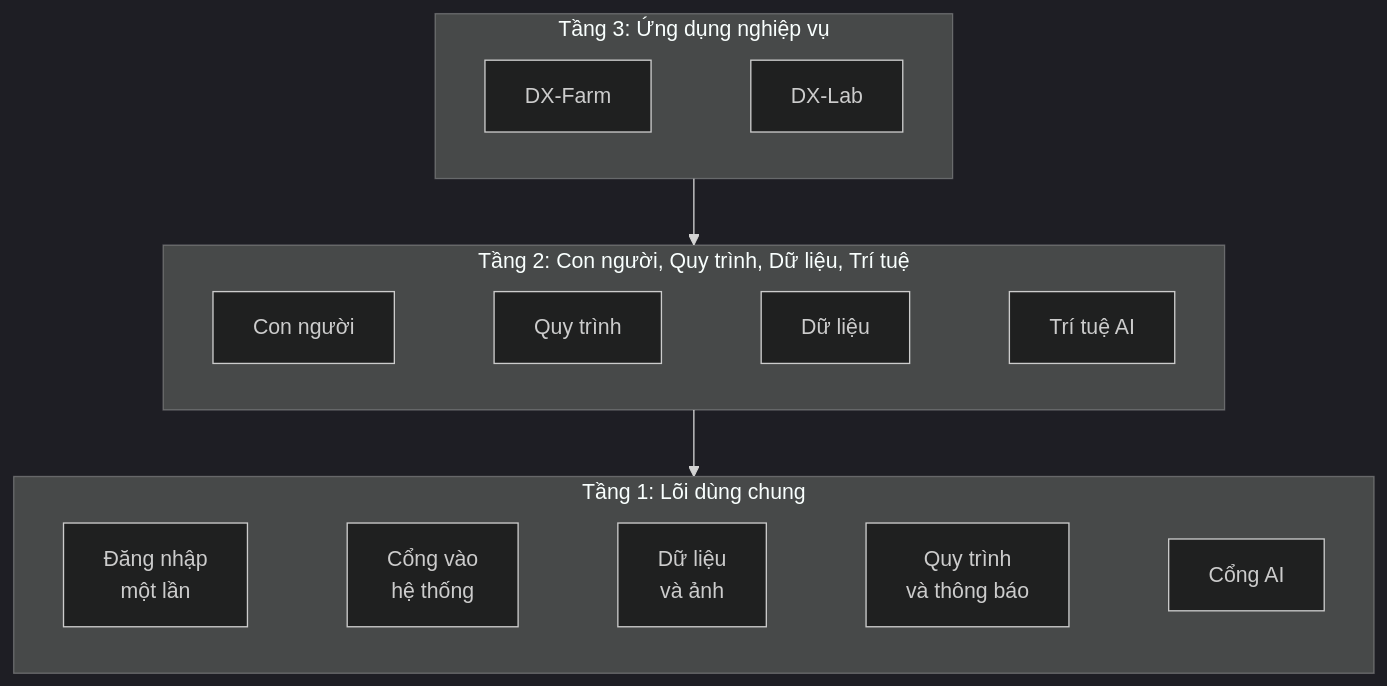
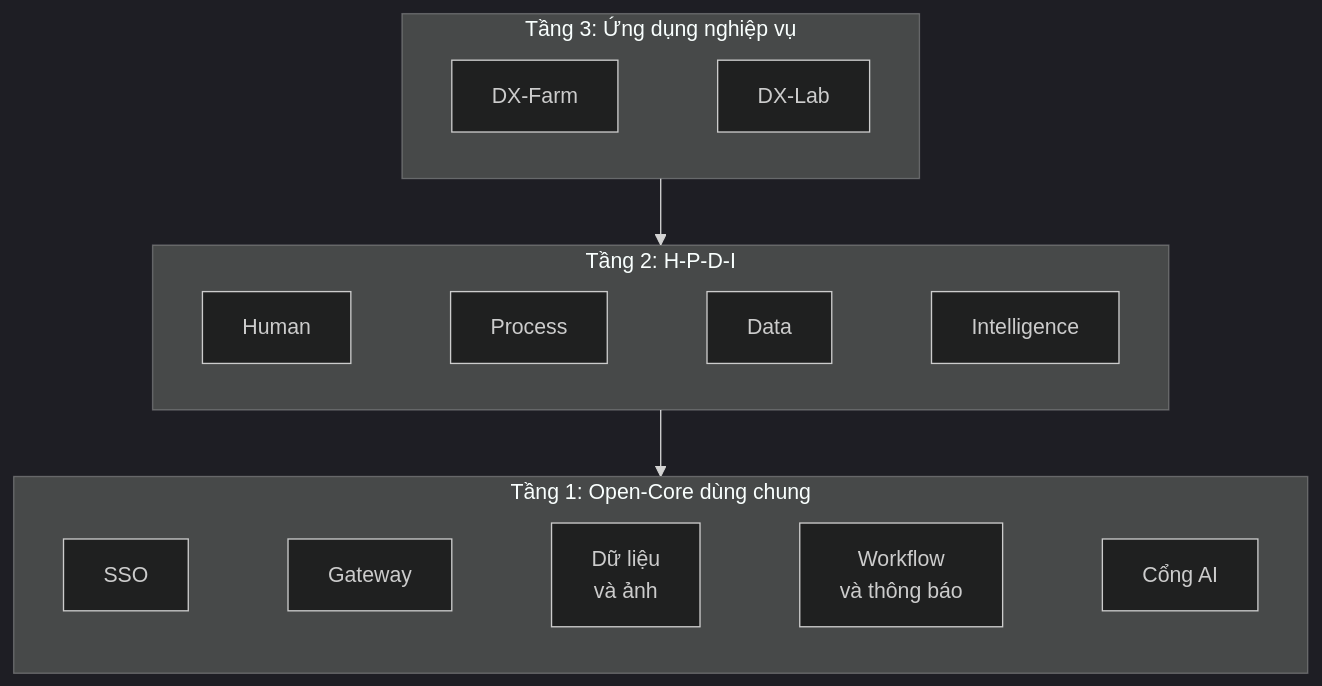
The diagram in README.md (HaUI-ImplSolution/DX-OS), drawn with Mermaid (dark theme) before and after one commit. The commit also changed other lines of this file and 2 other files, not shown here.

First line of the commit message:
docs: add an architecture overview and simplify the wording

````diff
--- a/README.md
+++ b/README.md
@@ -30,16 +30,16 @@
 ```mermaid
 flowchart TB
   subgraph T3["Tầng 3: Ứng dụng nghiệp vụ"]
     direction LR
     FARM["DX-Farm"] ~~~ LAB["DX-Lab"]
   end
-  subgraph T2["Tầng 2: Con người, Quy trình, Dữ liệu, Trí tuệ"]
+  subgraph T2["Tầng 2: H-P-D-I"]
     direction LR
-    H["Con người"] ~~~ P["Quy trình"] ~~~ D["Dữ liệu"] ~~~ I["Trí tuệ AI"]
+    H["Human"] ~~~ P["Process"] ~~~ D["Data"] ~~~ I["Intelligence"]
   end
-  subgraph T1["Tầng 1: Lõi dùng chung"]
+  subgraph T1["Tầng 1: Open-Core dùng chung"]
     direction LR
-    SSO["Đăng nhập<br/>một lần"] ~~~ GW["Cổng vào<br/>hệ thống"] ~~~ DATA["Dữ liệu<br/>và ảnh"] ~~~ WF["Quy trình<br/>và thông báo"] ~~~ AI["Cổng AI"]
+    SSO["SSO"] ~~~ GW["Gateway"] ~~~ DATA["Dữ liệu<br/>và ảnh"] ~~~ WF["Workflow<br/>và thông báo"] ~~~ AI["Cổng AI"]
   end
   T3 --> T2 --> T1
 ```
````
